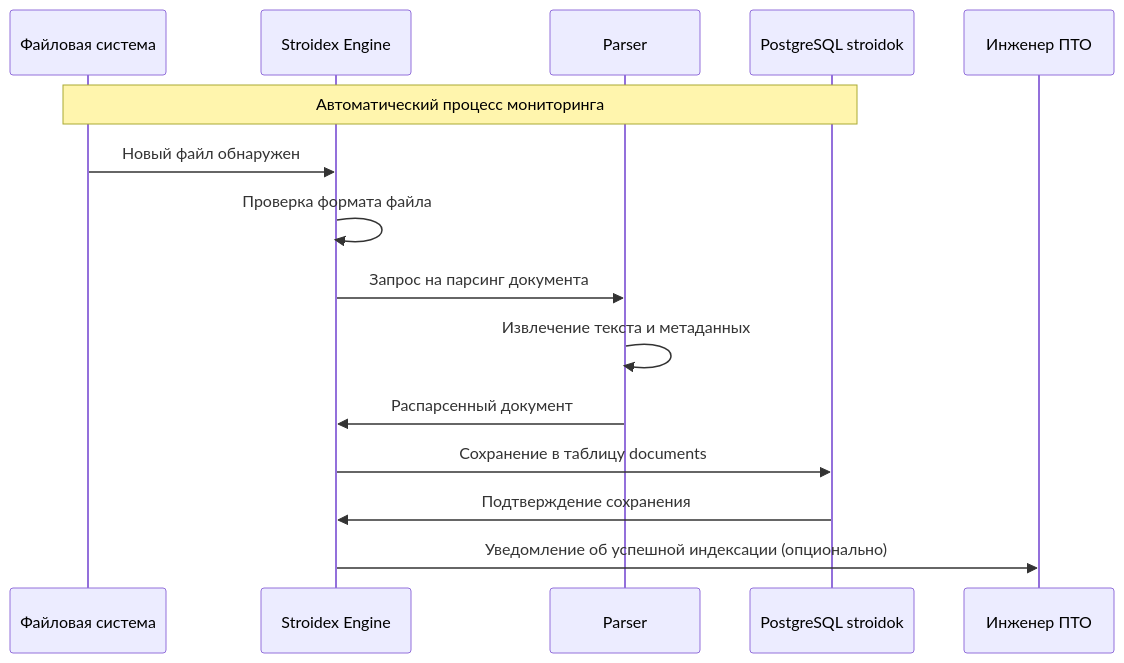
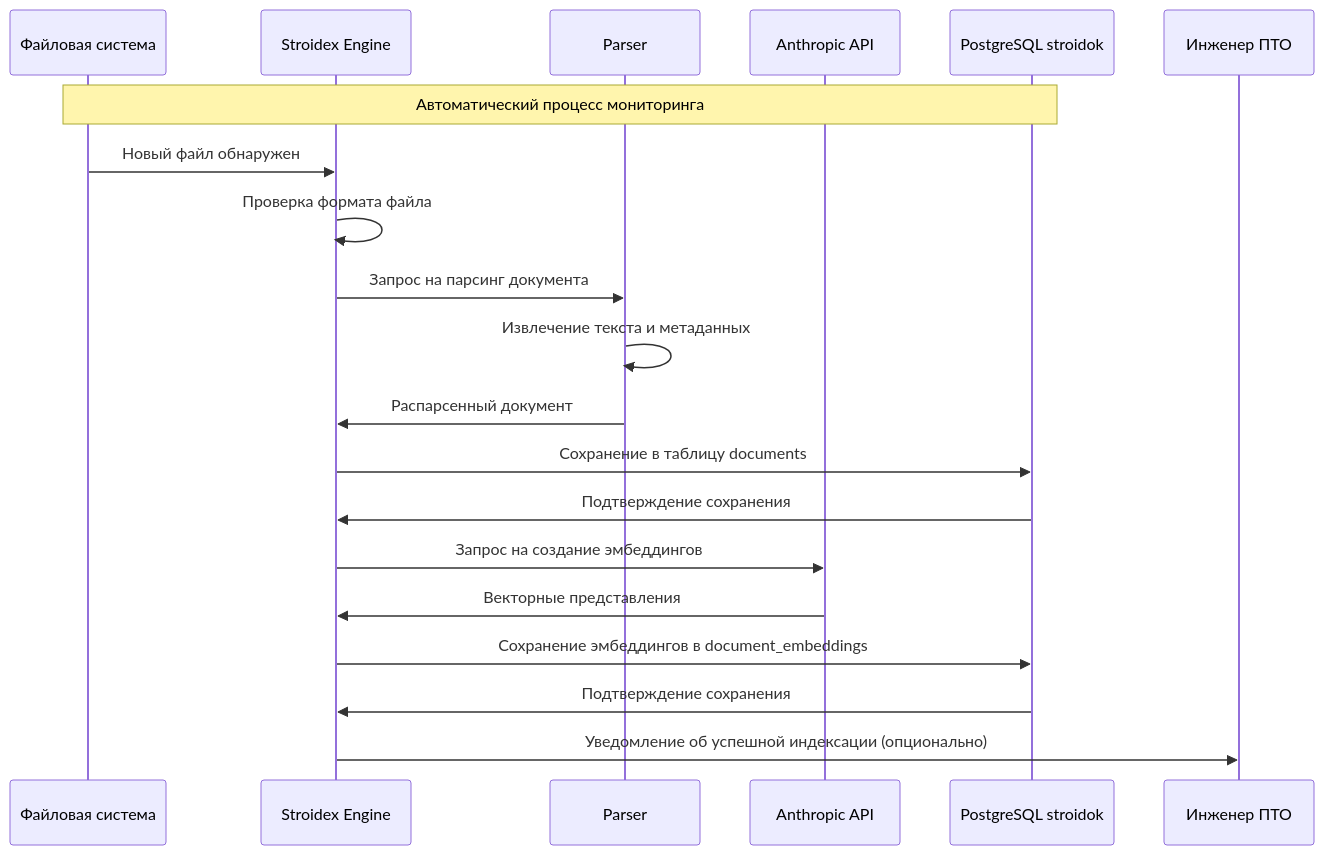
The first of 10 diagrams in docs/architecture/sequence-diagrams.md (dapi/stroidok), drawn with Mermaid before and after one commit. The commit also changed other lines of this file and 24 other files, not shown here.

````diff
--- a/docs/architecture/sequence-diagrams.md
+++ b/docs/architecture/sequence-diagrams.md
@@ -13,22 +13,28 @@
 ```mermaid
 sequenceDiagram
     participant FS as Файловая система
     participant SE as Stroidex Engine
     participant P as Parser
+    participant LLM as Anthropic API
     participant DB as PostgreSQL stroidok
     participant User as Инженер ПТО
 
     Note over FS,DB: Автоматический процесс мониторинга
 
     FS->>SE: Новый файл обнаружен
     SE->>SE: Проверка формата файла
     SE->>P: Запрос на парсинг документа
 
     P->>P: Извлечение текста и метаданных
     P->>SE: Распарсенный документ
 
     SE->>DB: Сохранение в таблицу documents
     DB->>SE: Подтверждение сохранения
 
+    SE->>LLM: Запрос на создание эмбеддингов
+    LLM->>SE: Векторные представления
+    SE->>DB: Сохранение эмбеддингов в document_embeddings
+    DB->>SE: Подтверждение сохранения
+
     SE->>User: Уведомление об успешной индексации (опционально)
 ```
````
